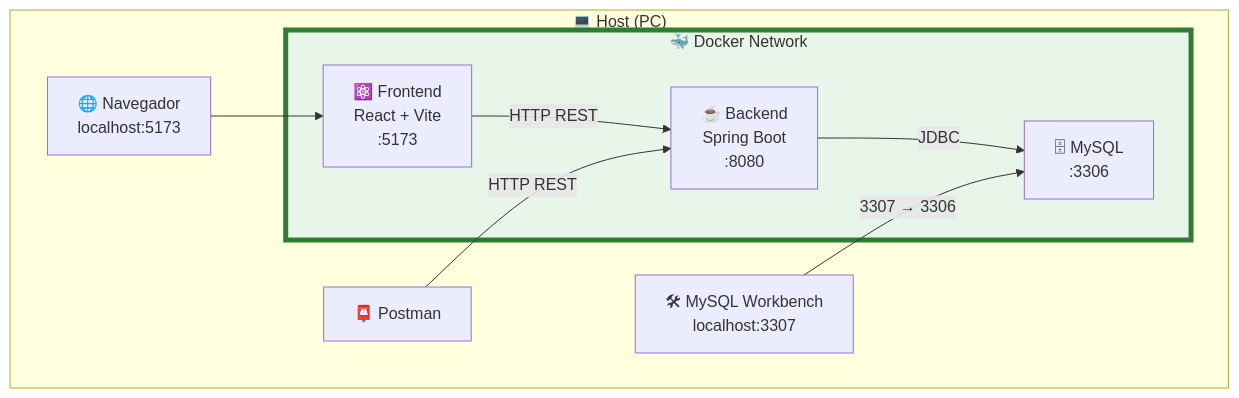
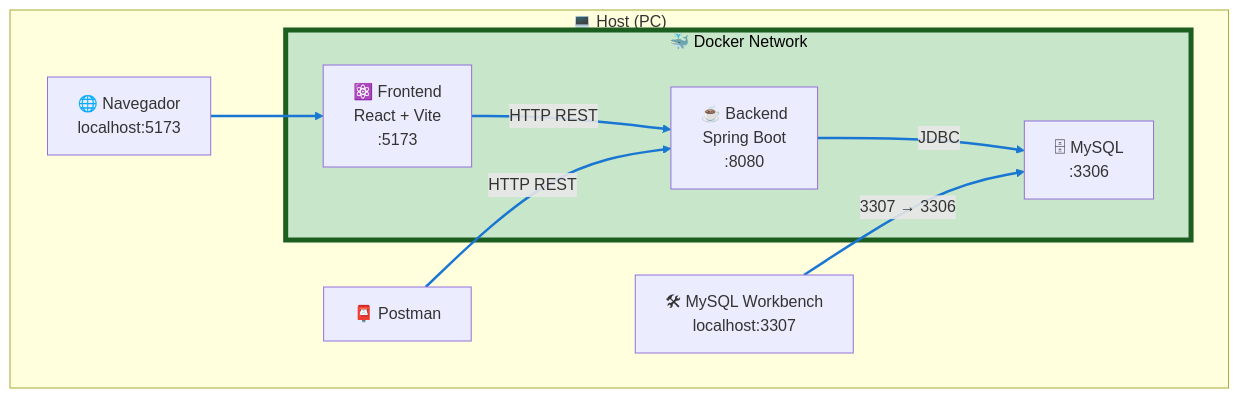
One commit to RamiroFerreiro/gestion-congresos-deploy changed the diagram in README.md. Above: the diagram before and after it, drawn with Mermaid. The commit also changed other lines of this file, not shown here.

````diff
--- a/README.md
+++ b/README.md
@@ -198,37 +238,38 @@
 ```mermaid
 flowchart TB
+linkStyle default stroke:#1976D2,stroke-width:2.5px
 
     subgraph PC["💻 Host (PC)"]
 
         Browser["🌐 Navegador
 localhost:5173"]
 
         Postman["📮 Postman"]
 
         Workbench["🛠 MySQL Workbench
 localhost:3307"]
 
         subgraph Docker["🐳 Docker Network"]
 
             Front["⚛️ Frontend
 React + Vite
 :5173"]
 
             Back["☕ Backend
 Spring Boot
 :8080"]
 
             DB["🗄 MySQL
 :3306"]
 
         end
     end
 
     Browser --> Front
     Front -->|HTTP REST| Back
     Postman -->|HTTP REST| Back
     Back -->|JDBC| DB
     Workbench -->|3307 → 3306| DB
 
-    style Docker fill:#E8F5E9,stroke:#2E7D32,stroke-width:5px
+    style Docker fill:#C8E6C9,stroke:#1B5E20,stroke-width:5px,color:#000
 ```
````
